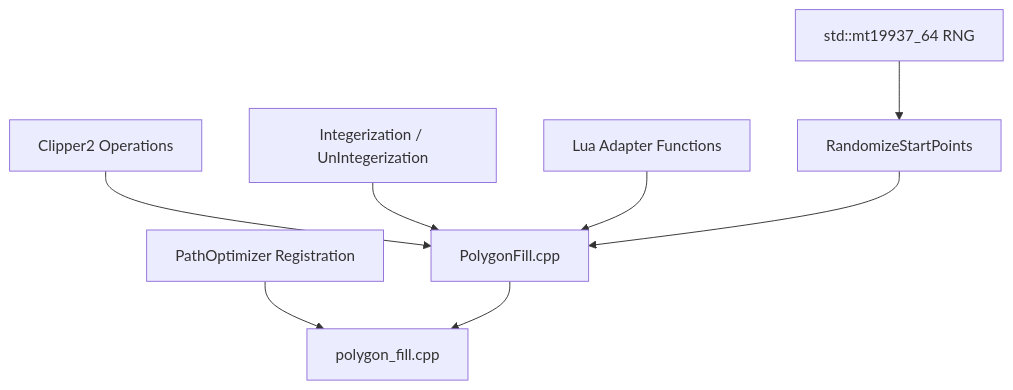
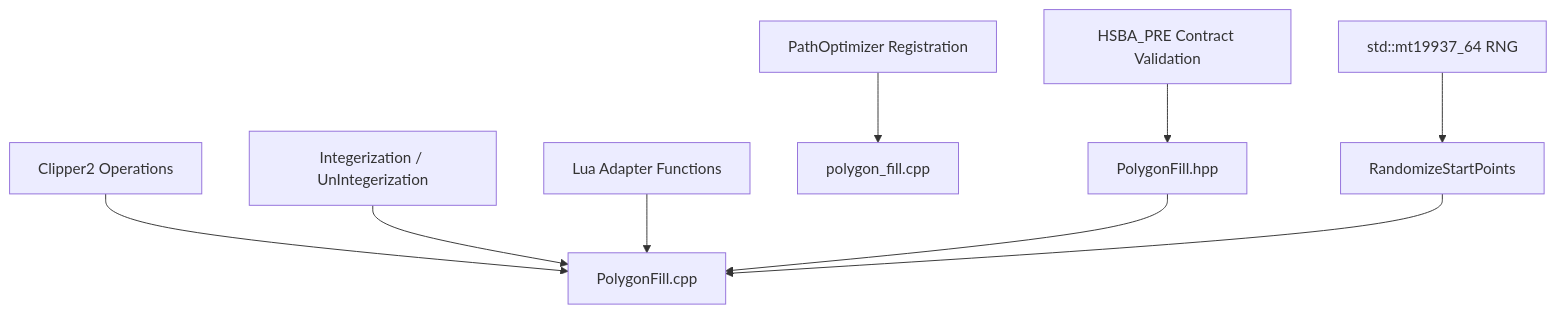
One commit to hsmbanlance/HsBaSlicer changed diagram 13 of 14 in .qoder/repowiki/en/content/Core Modules/2D Geometry Engine (2D_)/Polygon Fill Algorithms.md. Above: the diagram before and after it, drawn with Mermaid. The commit also changed other lines of this file and 202 other files, not shown here.

````diff
--- a/.qoder/repowiki/en/content/Core Modules/2D Geometry Engine (2D_)/Polygon Fill Algorithms.md
+++ b/.qoder/repowiki/en/content/Core Modules/2D Geometry Engine (2D_)/Polygon Fill Algorithms.md
@@ -488,10 +608,11 @@
 ```mermaid
 graph TB
 Clipper["Clipper2 Operations"] --> PF["PolygonFill.cpp"]
 IntUtils["Integerization / UnIntegerization"] --> PF
 LuaAdapter["Lua Adapter Functions"] --> PF
 PathOpt["PathOptimizer Registration"] --> LPC["polygon_fill.cpp"]
 RNG["std::mt19937_64 RNG"] --> Randomizer["RandomizeStartPoints"]
-PF --> LPC
+Contracts["HSBA_PRE Contract Validation"] --> PFH["PolygonFill.hpp"]
+PFH --> PF
 Randomizer --> PF
 ```
````
